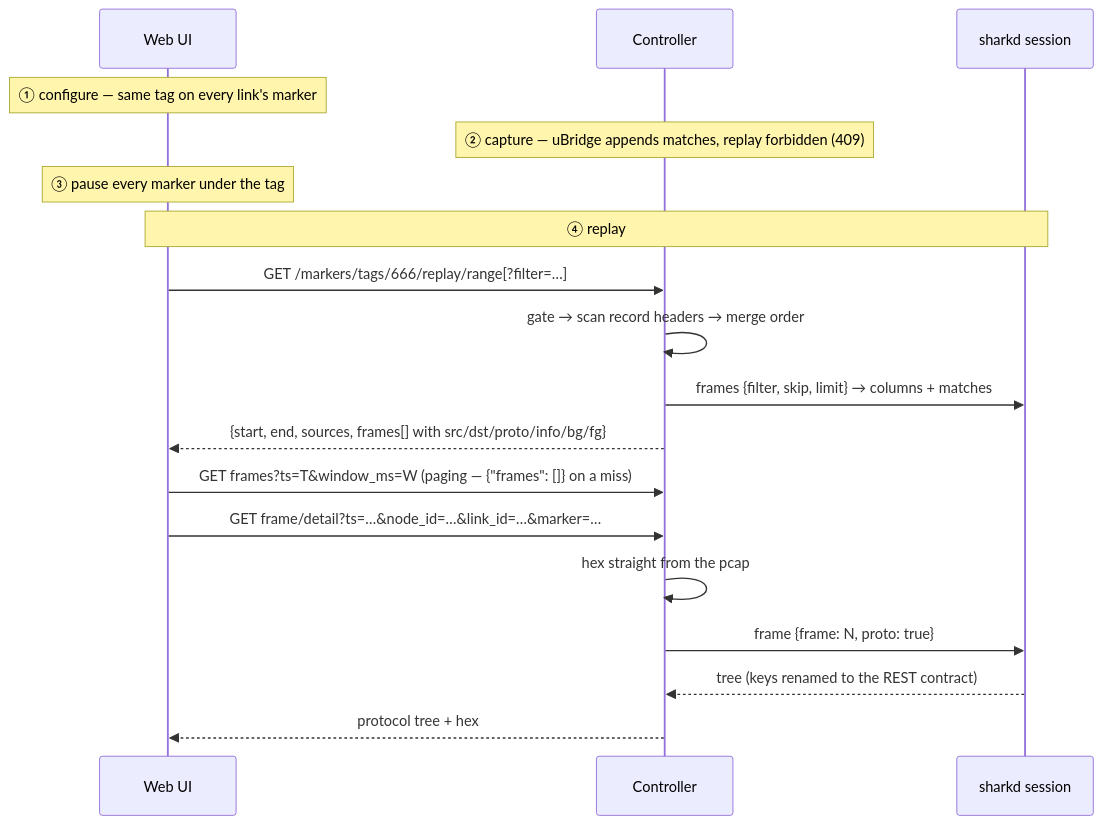
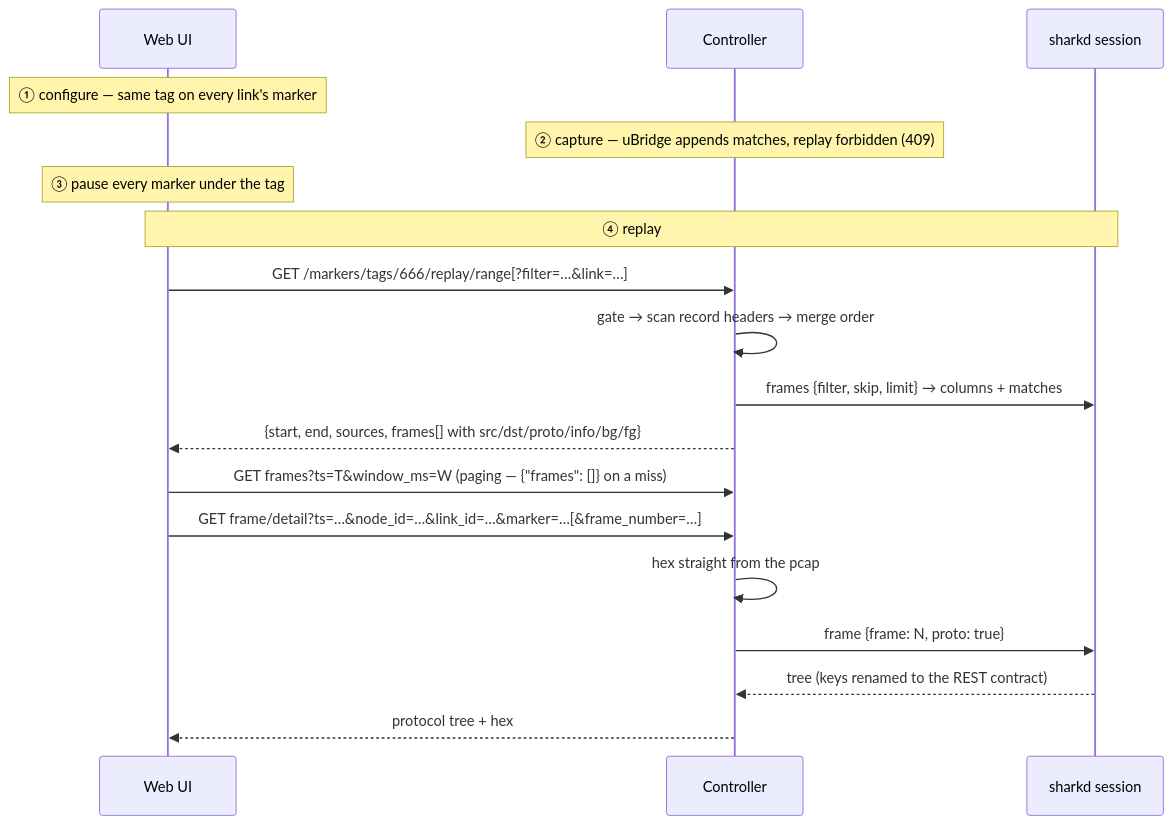
The second of 2 diagrams in docs/features/marker-tag-replay.md (GNS3/gns3-server), drawn with Mermaid before and after one commit. The commit also changed other lines of this file and 5 other files, not shown here.

First line of the commit message:
fix: harden sharkd replay sessions and serve the uncapped frame list

````diff
--- a/docs/features/marker-tag-replay.md
+++ b/docs/features/marker-tag-replay.md
@@ -71,22 +104,22 @@
 ```mermaid
 sequenceDiagram
     participant UI as Web UI
     participant C as Controller
     participant SK as sharkd session
 
     Note over UI: ① configure — same tag on every link's marker
     Note over C: ② capture — uBridge appends matches, replay forbidden (409)
     Note over UI: ③ pause every marker under the tag
 
     Note over UI,SK: ④ replay
-    UI->>C: GET /markers/tags/666/replay/range[?filter=…]
+    UI->>C: GET /markers/tags/666/replay/range[?filter=…&link=…]
     C->>C: gate → scan record headers → merge order
     C->>SK: frames {filter, skip, limit} → columns + matches
     C-->>UI: {start, end, sources, frames[] with src/dst/proto/info/bg/fg}
     UI->>C: GET frames?ts=T&window_ms=W  (paging — {"frames": []} on a miss)
-    UI->>C: GET frame/detail?ts=…&node_id=…&link_id=…&marker=…
+    UI->>C: GET frame/detail?ts=…&node_id=…&link_id=…&marker=…[&frame_number=…]
     C->>C: hex straight from the pcap
     C->>SK: frame {frame: N, proto: true}
     SK-->>C: tree (keys renamed to the REST contract)
     C-->>UI: protocol tree + hex
 ```
````
